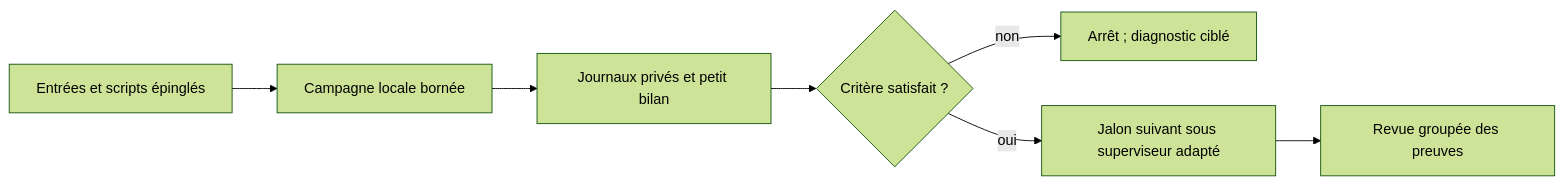
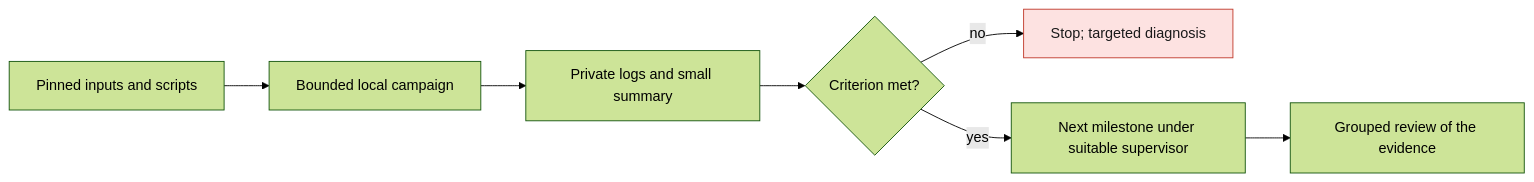
One commit to cluster2600/porscheparts changed the diagram in docs/reports/M64_LOW_TOKEN_CAMPAIGN_20260912.md. Above: the diagram before and after it, drawn with Mermaid (forest theme). The commit also changed other lines of this file and 228 other files, not shown here.

````diff
--- a/docs/reports/M64_LOW_TOKEN_CAMPAIGN_20260912.md
+++ b/docs/reports/M64_LOW_TOKEN_CAMPAIGN_20260912.md
@@ -86,9 +85,11 @@
 ```mermaid
 flowchart LR
-    A["Entrées et scripts épinglés"] --> B["Campagne locale bornée"]
-    B --> C["Journaux privés et petit bilan"]
-    C --> D{"Critère satisfait ?"}
-    D -->|non| E["Arrêt ; diagnostic ciblé"]
-    D -->|oui| F["Jalon suivant sous superviseur adapté"]
-    F --> G["Revue groupée des preuves"]
+    A["Pinned inputs and scripts"] --> B["Bounded local campaign"]
+    B --> C["Private logs and small summary"]
+    C --> D{"Criterion met?"}
+    D -->|no| E["Stop; targeted diagnosis"]
+    D -->|yes| F["Next milestone under suitable supervisor"]
+    F --> G["Grouped review of the evidence"]
+    classDef stop fill:#fde2e1,stroke:#c0392b,color:#1a1a1a;
+    class E stop;
 ```
````
